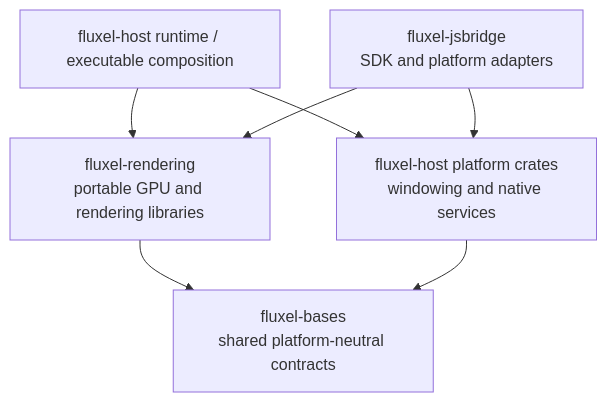
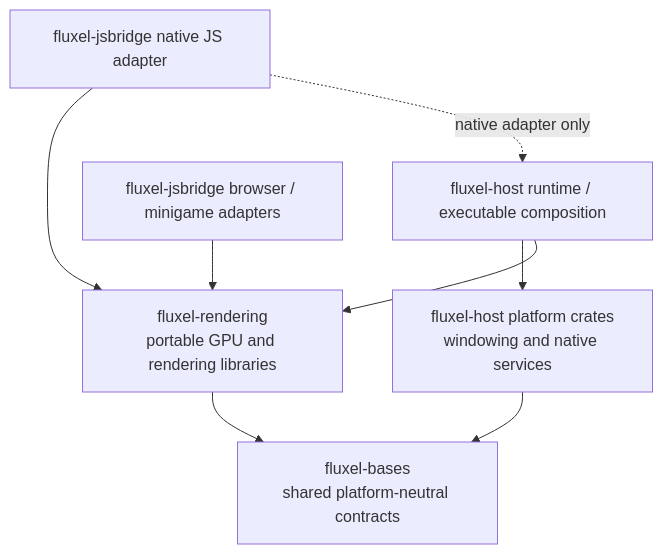
One commit to fluxel-project/.github changed the first of 2 diagrams in ECOSYSTEM_ARCHITECTURE.md. Above: the diagram before and after it, drawn with Mermaid. The commit also changed other lines of this file, not shown here.

````diff
--- a/ECOSYSTEM_ARCHITECTURE.md
+++ b/ECOSYSTEM_ARCHITECTURE.md
@@ -14,15 +14,17 @@
 ```mermaid
 flowchart TD
     bases["fluxel-bases\nshared platform-neutral contracts"]
     rendering["fluxel-rendering\nportable GPU and rendering libraries"]
     platform["fluxel-host platform crates\nwindowing and native services"]
     runtime["fluxel-host runtime / executable composition"]
-    js["fluxel-jsbridge\nSDK and platform adapters"]
+    browser["fluxel-jsbridge browser / minigame adapters"]
+    nativeJs["fluxel-jsbridge native JS adapter"]
 
     rendering --> bases
     platform --> bases
     runtime --> platform
     runtime --> rendering
-    js --> rendering
-    js --> platform
+    browser --> rendering
+    nativeJs --> rendering
+    nativeJs -. "native adapter only" .-> runtime
 ```
````
